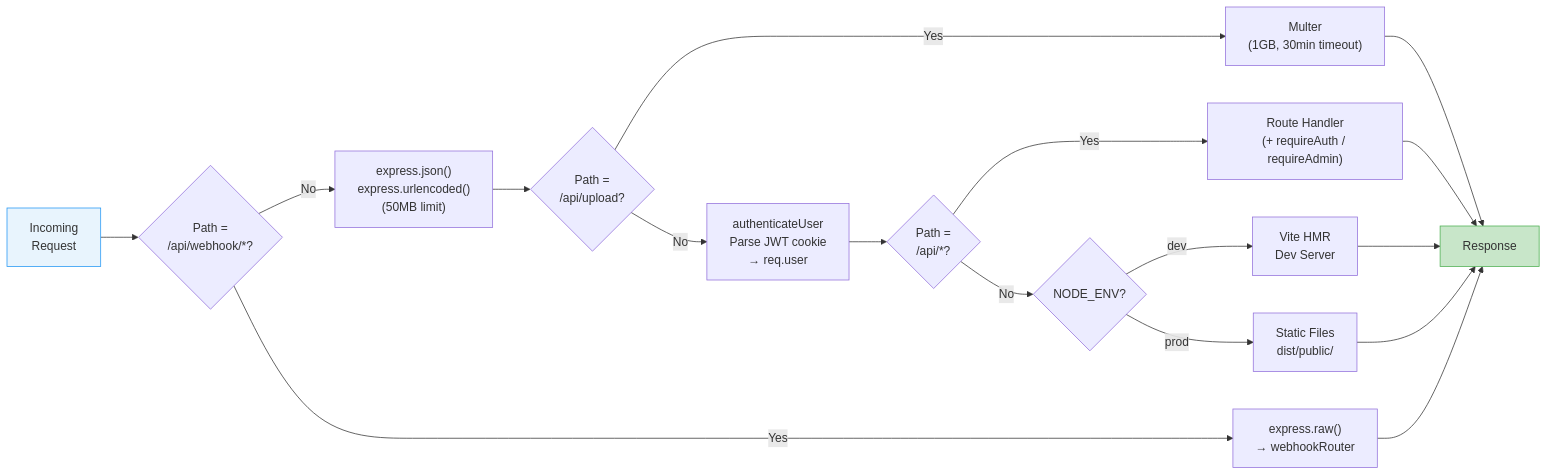
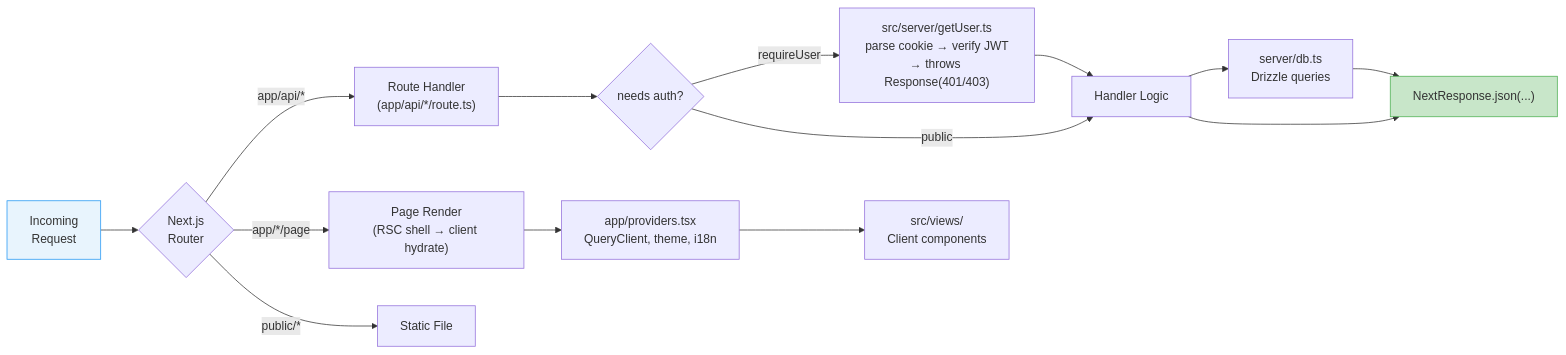
Before and after one commit to erium/app-template: the fourth of 7 diagrams in docs/architecture-development.md, drawn with Mermaid. The commit also changed other lines of this file and 7 other files, not shown here.

First line of the commit message:
docs: update all documentation for Next.js App Router migration

````diff
--- a/docs/architecture-development.md
+++ b/docs/architecture-development.md
@@ -137,28 +145,24 @@
 ```mermaid
 graph LR
-    Req["Incoming<br/>Request"] --> WH{"Path =<br/>/api/webhook/*?"}
+    Req["Incoming<br/>Request"] --> NX{"Next.js<br/>Router"}
 
-    WH -->|Yes| Raw["express.raw()<br/>→ webhookRouter"]
-    WH -->|No| JSON["express.json()<br/>express.urlencoded()<br/>(50MB limit)"]
+    NX -->|"app/api/*"| Handler["Route Handler<br/>(app/api/*/route.ts)"]
+    NX -->|"app/*/page"| Page["Page Render<br/>(RSC shell → client hydrate)"]
+    NX -->|"public/*"| Static["Static File"]
 
-    JSON --> Upload{"Path =<br/>/api/upload?"}
-    Upload -->|Yes| Multer["Multer<br/>(1GB, 30min timeout)"]
-    Upload -->|No| Auth["authenticateUser<br/>Parse JWT cookie<br/>→ req.user"]
+    Handler --> Auth{"needs auth?"}
+    Auth -->|"requireUser"| Check["src/server/getUser.ts<br/>parse cookie → verify JWT<br/>→ throws Response(401/403)"]
+    Auth -->|"public"| Logic["Handler Logic"]
 
-    Multer --> Res["Response"]
+    Check --> Logic
+    Logic --> DB["server/db.ts<br/>Drizzle queries"]
+    Logic --> Res["NextResponse.json(...)"]
 
-    Auth --> API{"Path =<br/>/api/*?"}
-    API -->|Yes| Routes["Route Handler<br/>(+ requireAuth / requireAdmin)"]
-    API -->|No| Static{"NODE_ENV?"}
+    DB --> Res
 
-    Static -->|dev| ViteDev["Vite HMR<br/>Dev Server"]
-    Static -->|prod| StaticFiles["Static Files<br/>dist/public/"]
-
-    Routes --> Res
-    ViteDev --> Res
-    StaticFiles --> Res
-    Raw --> Res
+    Page --> Providers["app/providers.tsx<br/>QueryClient, theme, i18n"]
+    Providers --> Views["src/views/<br/>Client components"]
 
     style Req fill:#e8f4fd,stroke:#2196F3
     style Res fill:#c8e6c9,stroke:#4CAF50
 ```
````
